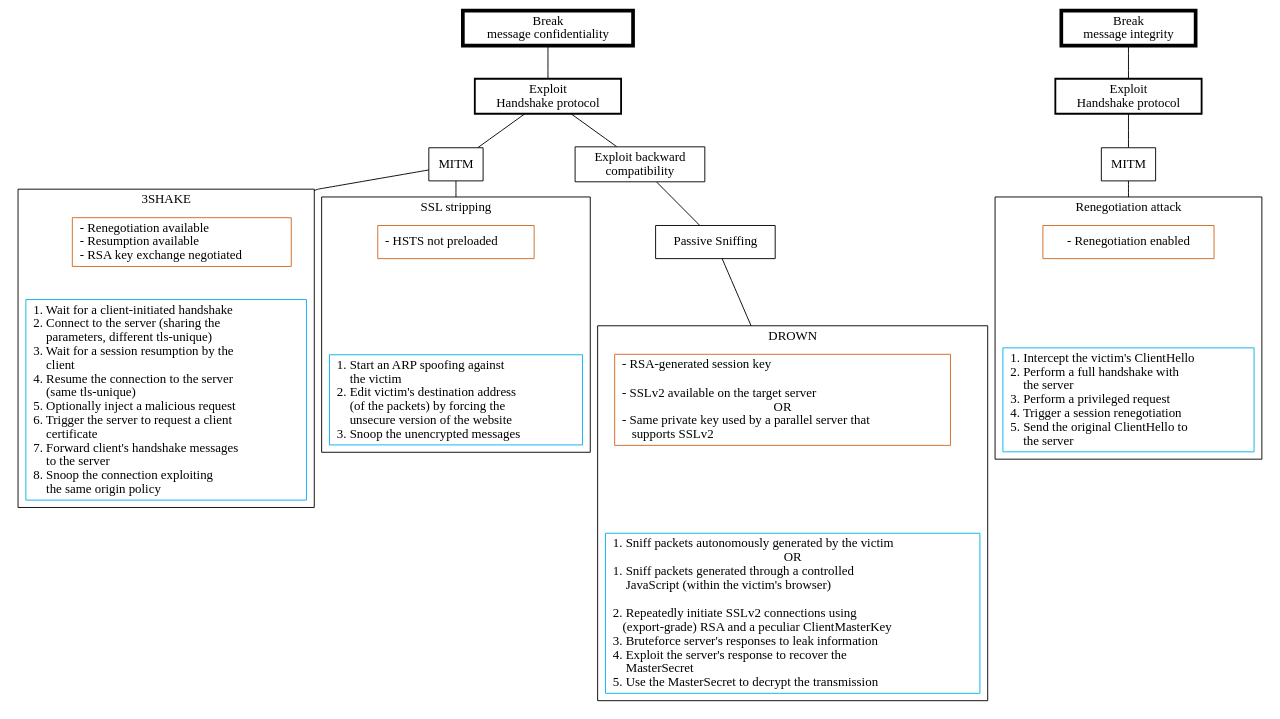
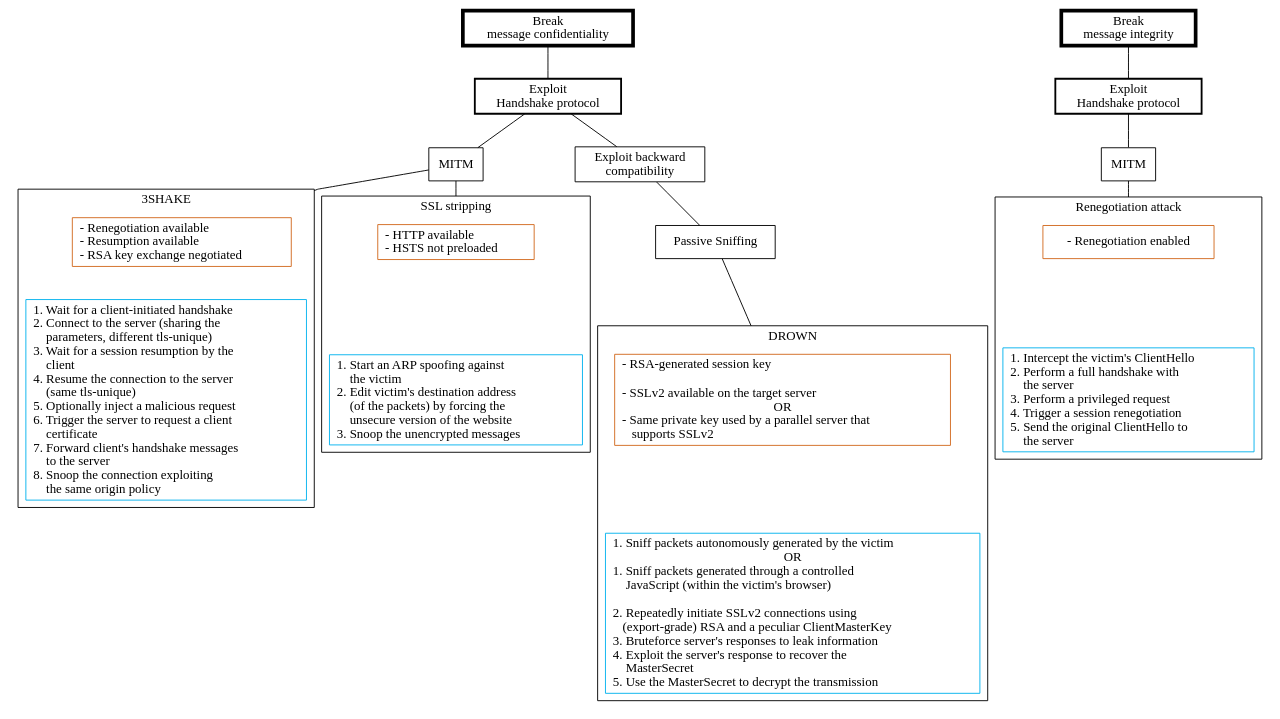
Before and after one commit to stfbk/tlsassistant: the diagram in Evaluator/AttackTrees/BreakConfidentiality.dot, drawn with Graphviz. The commit also changed 2 other files, not shown here.

Commit message:
Fixed SSL stripping detection

```diff
--- a/Evaluator/AttackTrees/BreakConfidentiality.dot
+++ b/Evaluator/AttackTrees/BreakConfidentiality.dot
@@ -1,86 +1,86 @@
 graph {
 #attributes
 splines=polyline;
 compound=true;
 node [shape=box];
 
 #legend
 # "node_name" [label appearing after the rendering] /*hooks for the highlighting process*/
 # NOTE: each highlight-able line must end with a slash (without a space following)
 
 #################Confidentiality Nodes#################
 ##----------Parents---------
 "conf_msg_C" [label = "Break\nmessage confidentiality"][penwidth=4] /* 3SHAKE HSTS_not_preloaded DROWN */
 "conf_tls_hshake" [label = "Exploit\nHandshake protocol"][penwidth=2] /* 3SHAKE HSTS_not_preloaded DROWN */
 
 "conf_legacy" [label = "Exploit backward\ncompatibility"] /* DROWN */
 "conf_sniffing" [label = "Passive Sniffing"]/* DROWN */
 
 "conf_mitm" [label = "MITM"] /* 3SHAKE HSTS_not_preloaded */
 
 ##----------Leaves----------
 "conf_drown_1" [label = "- RSA-generated session key\l\n- SSLv2 available on the target server\lOR\n- Same private key used by a parallel server that\l    supports SSLv2\l"][color=chocolate]
 "conf_drown_2" [label = "1. Sniff packets autonomously generated by the victim\lOR\n1. Sniff packets generated through a controlled\l     JavaScript (within the victim's browser)\l\n2. Repeatedly initiate SSLv2 connections using\l    (export-grade) RSA and a peculiar ClientMasterKey\l3. Bruteforce server's responses to leak information\l4. Exploit the server's response to recover the\l     MasterSecret\l5. Use the MasterSecret to decrypt the transmission\l"][color=deepskyblue2]
 
 "conf_3shake_1" [label = "- Renegotiation available\l- Resumption available\l- RSA key exchange negotiated\l"][color=chocolate]
 "conf_3shake_2" [label = "1. Wait for a client-initiated handshake\l2. Connect to the server (sharing the\l     parameters, different tls-unique)\l3. Wait for a session resumption by the\l     client\l4. Resume the connection to the server\l     (same tls-unique)\l5. Optionally inject a malicious request\l6. Trigger the server to request a client\l     certificate\l7. Forward client's handshake messages\l     to the server\l8. Snoop the connection exploiting\l     the same origin policy\l"][color=deepskyblue2]
 
-"conf_stripping_1" [label = "- HSTS not preloaded\l"][color=chocolate]
+"conf_stripping_1" [label = "- HTTP available\l- HSTS not preloaded\l"][color=chocolate]
 "conf_stripping_2" [label = "1. Start an ARP spoofing against\l     the victim\l2. Edit victim's destination address\l     (of the packets) by forcing the\l     unsecure version of the website\l3. Snoop the unencrypted messages\l"][color=deepskyblue2]
 
 #-----------Edges-----------
 ## root
 	"conf_msg_C" -- "conf_tls_hshake" /* 3SHAKE HSTS_not_preloaded DROWN */
 
 ### handshake subtree
 	"conf_tls_hshake" -- "conf_legacy" /* DROWN */
 	"conf_tls_hshake" -- "conf_mitm" /* 3SHAKE HSTS_not_preloaded */
 
 ### legacy subtree
 	"conf_legacy" -- "conf_sniffing" /* DROWN */
 
 ##### sniffing subtree
 	"conf_sniffing" -- "conf_drown_1" [lhead=cluster_drown] /* DROWN */
 
 #### MITM subtree
 	"conf_mitm" -- "conf_3shake_1" [lhead=cluster_3shake]/* 3SHAKE */
 	"conf_mitm" -- "conf_stripping_1" [lhead=cluster_stripping] /* HSTS_not_preloaded */
 
 #-----------Subgraphs-----------
 
 	subgraph cluster_drown {
 		label="DROWN";
 		"conf_drown_1" -- "conf_drown_2" [style=invis];
 	}
 	subgraph cluster_3shake {
 		label="3SHAKE";
 		"conf_3shake_1" -- "conf_3shake_2" [style=invis];
 	}
 	subgraph cluster_stripping {
 		label="SSL stripping";
 		"conf_stripping_1" -- "conf_stripping_2" [style=invis];
 	}
 
 #################Integrity Nodes#################
 ##----------Parents---------
 "int_msg_I" [label = "Break\nmessage integrity"][penwidth=4] /* RENEGOTIATION */
 "int_tls_hshake" [label = "Exploit\nHandshake protocol"][penwidth=2] /* RENEGOTIATION */
 "int_mitm" [label = "MITM"] /* RENEGOTIATION */
 
 ##----------Leaves----------
 "int_reneg_1" [label = "- Renegotiation enabled"][color=chocolate]
 "int_reneg_2" [label = "1. Intercept the victim's ClientHello\l2. Perform a full handshake with\l     the server\l3. Perform a privileged request\l4. Trigger a session renegotiation\l5. Send the original ClientHello to\l     the server\l"][color=deepskyblue2]
 
 #-----------Edges-----------
 ## root
 	"int_msg_I" -- "int_tls_hshake"  /* RENEGOTIATION */
 	"int_tls_hshake" -- "int_mitm"  /* RENEGOTIATION */
 	"int_mitm" -- "int_reneg_1" [lhead=cluster_renegotiation] /* RENEGOTIATION */
 
 #-----------Subgraphs-----------
 
 	subgraph cluster_renegotiation {
 		label="Renegotiation attack";
 		"int_reneg_1" -- "int_reneg_2" [style=invis];
 	}	
 }
```
